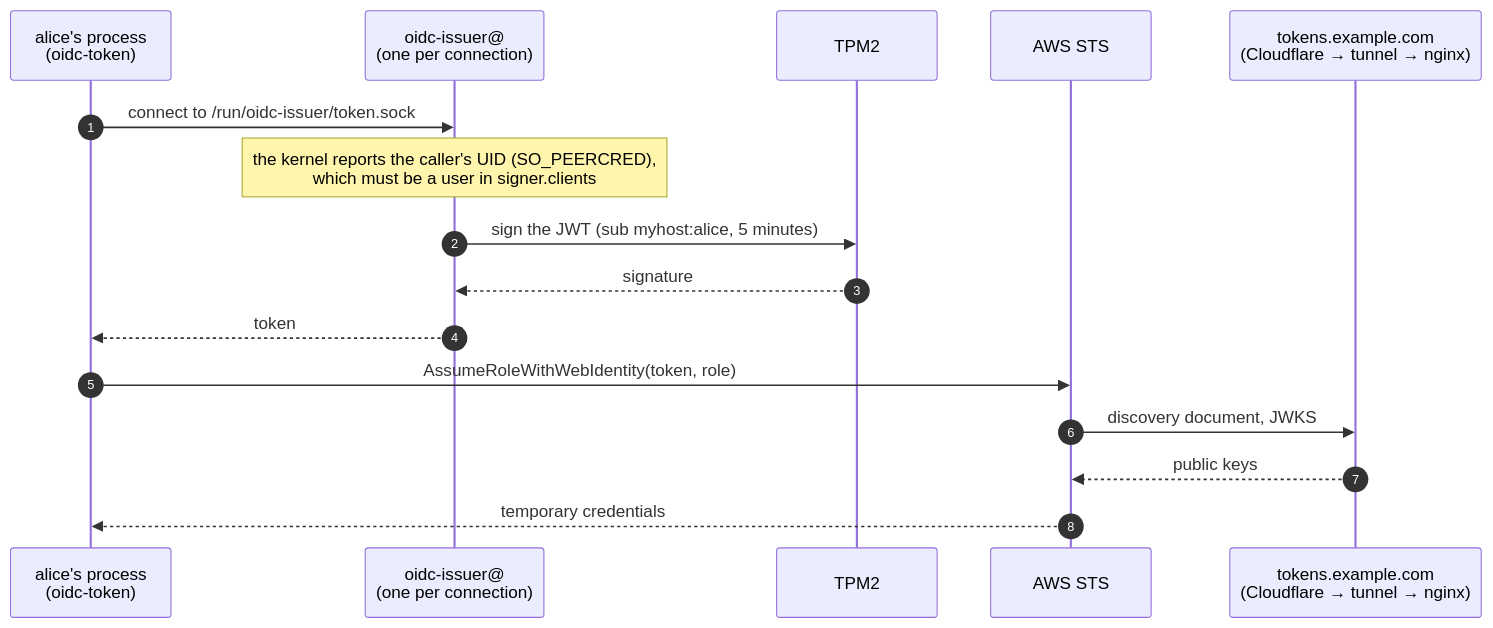
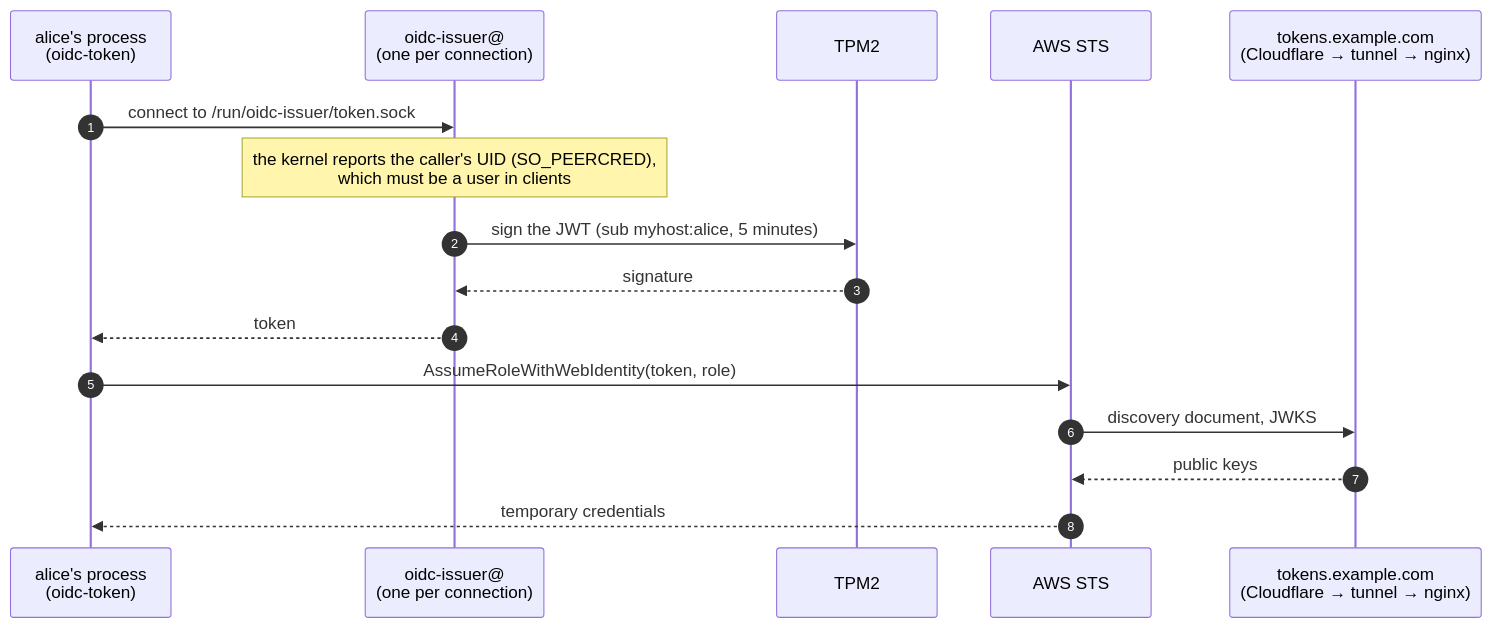
Before and after one commit to gshpychka/oidc-issuer: the second of 4 diagrams in README.md, drawn with Mermaid. The commit also changed other lines of this file and 14 other files, not shown here.

````diff
--- a/README.md
+++ b/README.md
@@ -278,19 +244,19 @@
 ```mermaid
 sequenceDiagram
   autonumber
   participant P as alice's process<br/>(oidc-token)
   participant I as oidc-issuer@<br/>(one per connection)
   participant T as TPM2
   participant STS as AWS STS
   participant D as tokens.example.com<br/>(Cloudflare → tunnel → nginx)
 
   P->>I: connect to /run/oidc-issuer/token.sock
-  Note over I: the kernel reports the caller's UID (SO_PEERCRED),<br/>which must be a user in signer.clients
+  Note over I: the kernel reports the caller's UID (SO_PEERCRED),<br/>which must be a user in clients
   I->>T: sign the JWT (sub myhost:alice, 5 minutes)
   T-->>I: signature
   I-->>P: token
   P->>STS: AssumeRoleWithWebIdentity(token, role)
   STS->>D: discovery document, JWKS
   D-->>STS: public keys
   STS-->>P: temporary credentials
 ```
````
